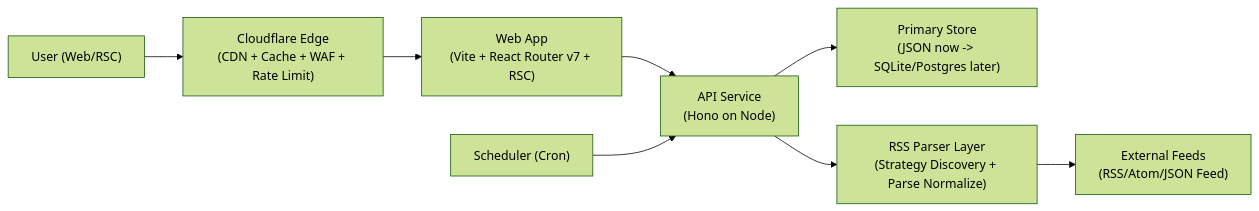
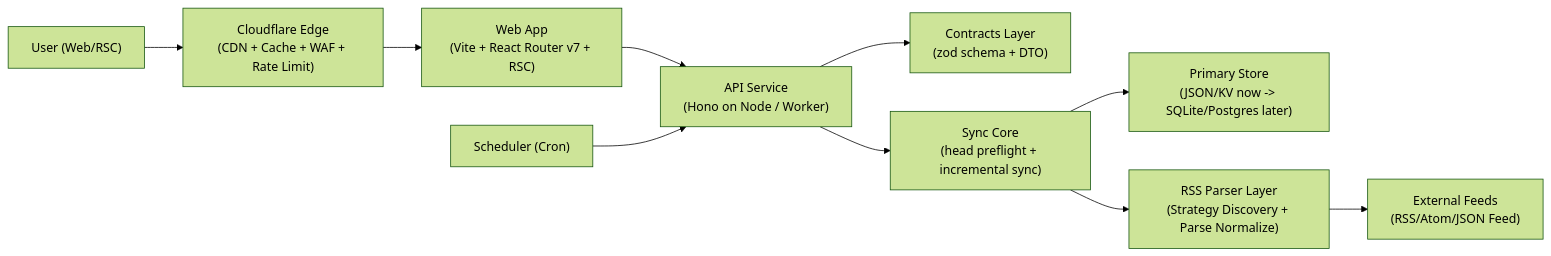
The first of 3 diagrams in docs/ARCHITECTURE.md (saengmotmi/feedoong-atom), drawn with Mermaid (forest theme) before and after one commit. The commit also changed other lines of this file and 13 other files, not shown here.

Commit message:
refactor: unify contracts and remove parser global config

````diff
--- a/docs/ARCHITECTURE.md
+++ b/docs/ARCHITECTURE.md
@@ -21,10 +21,12 @@
 ```mermaid
 flowchart LR
   U["User (Web/RSC)"] --> CF["Cloudflare Edge\n(CDN + Cache + WAF + Rate Limit)"]
   CF --> WEB["Web App\n(Vite + React Router v7 + RSC)"]
-  WEB --> API["API Service\n(Hono on Node)"]
-  API --> DB["Primary Store\n(JSON now -> SQLite/Postgres later)"]
-  API --> PARSER["RSS Parser Layer\n(Strategy Discovery + Parse Normalize)"]
+  WEB --> API["API Service\n(Hono on Node / Worker)"]
+  API --> CONTRACT["Contracts Layer\n(zod schema + DTO)"]
+  API --> CORE["Sync Core\n(head preflight + incremental sync)"]
+  CORE --> DB["Primary Store\n(JSON/KV now -> SQLite/Postgres later)"]
+  CORE --> PARSER["RSS Parser Layer\n(Strategy Discovery + Parse Normalize)"]
   SCH["Scheduler (Cron)"] --> API
   PARSER --> EXT["External Feeds\n(RSS/Atom/JSON Feed)"]
 ```
````
